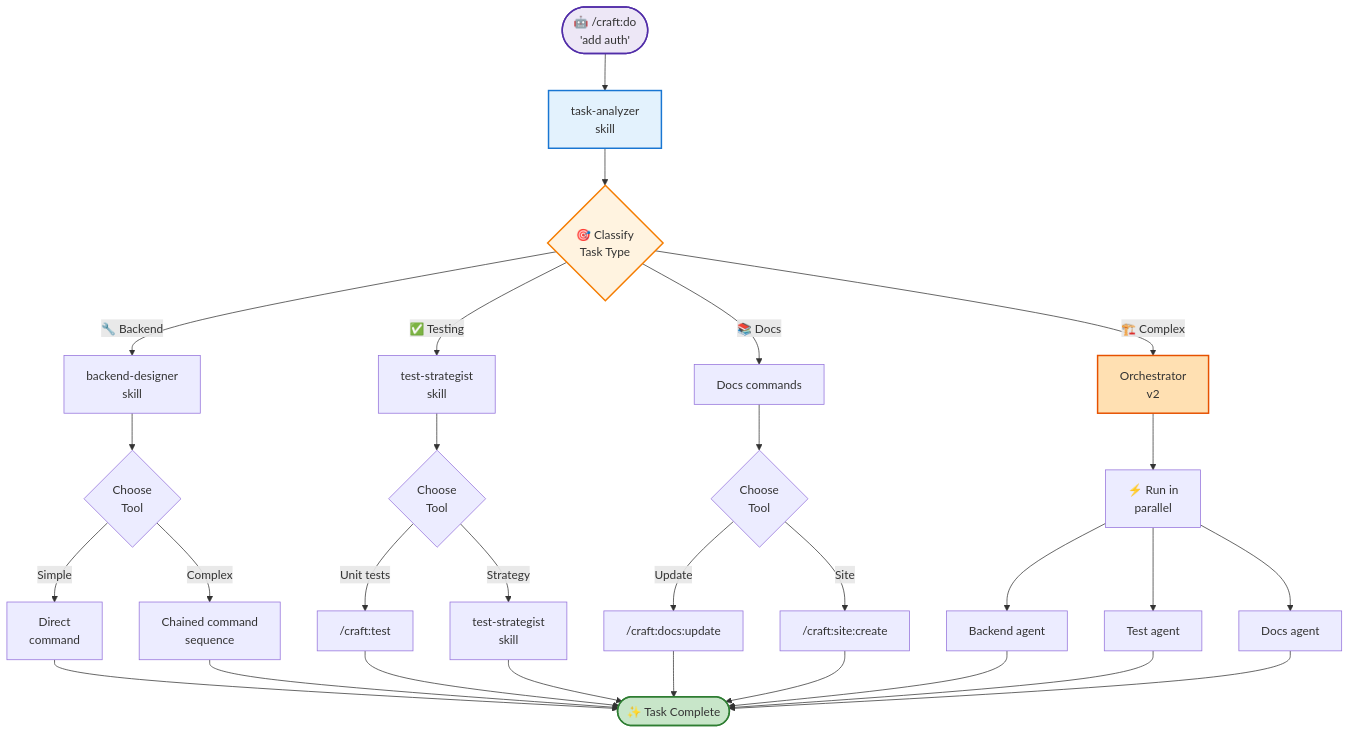
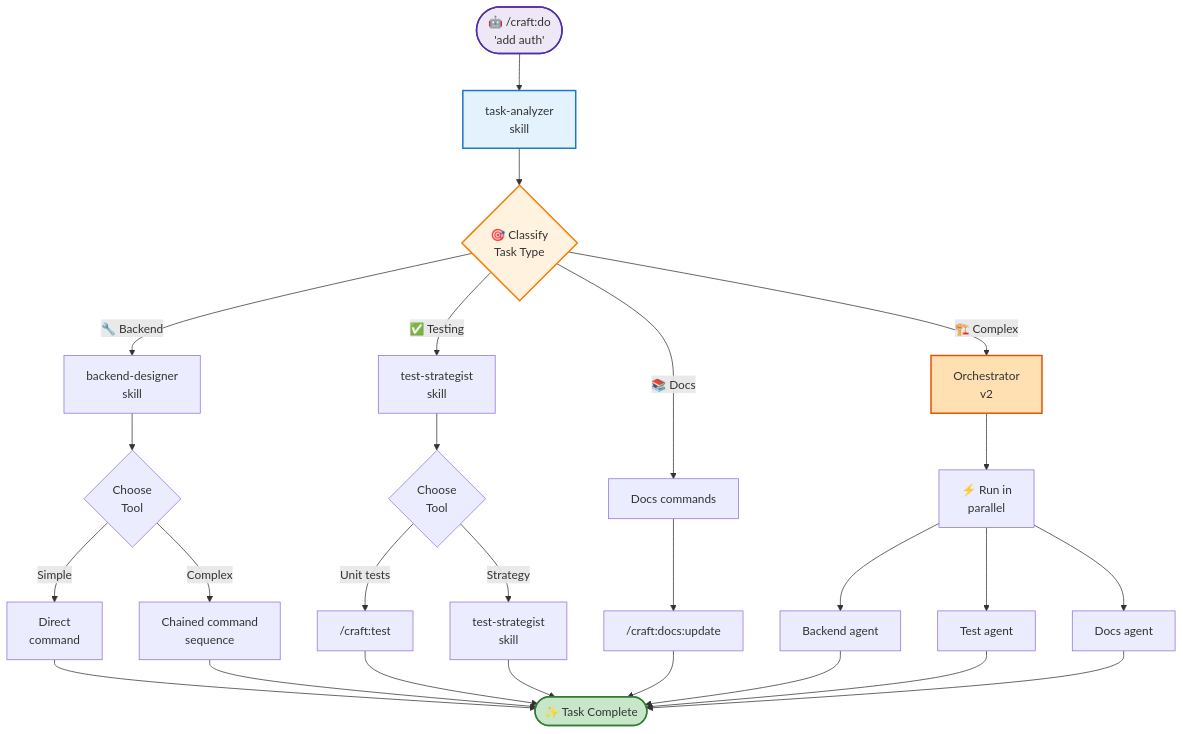
Before and after one commit to Data-Wise/craft: the fifth of 6 diagrams in docs/workflows/index.md, drawn with Mermaid. The commit also changed other lines of this file and 41 other files, not shown here.

````diff
--- a/docs/workflows/index.md
+++ b/docs/workflows/index.md
@@ -294,49 +228,45 @@
 ```mermaid
 flowchart TD
     START(["🤖 /craft:do<br/>'add auth'"]) --> ANALYZE["task-analyzer<br/>skill"]
 
     ANALYZE --> CLASSIFY{🎯 Classify<br/>Task Type}
 
     CLASSIFY -->|🔧 Backend| BACKEND["backend-designer<br/>skill"]
     CLASSIFY -->|✅ Testing| TEST["test-strategist<br/>skill"]
     CLASSIFY -->|📚 Docs| DOCS["Docs commands"]
     CLASSIFY -->|🏗️ Complex| ORCHESTRATE["Orchestrator<br/>v2"]
 
     BACKEND --> ROUTE1{Choose<br/>Tool}
     ROUTE1 -->|Simple| CMD1["Direct<br/>command"]
     ROUTE1 -->|Complex| AGENT1["Chained command<br/>sequence"]
 
     TEST --> ROUTE2{Choose<br/>Tool}
     ROUTE2 -->|Unit tests| CMD2["/craft:test"]
     ROUTE2 -->|Strategy| AGENT2["test-strategist<br/>skill"]
 
-    DOCS --> ROUTE3{Choose<br/>Tool}
-    ROUTE3 -->|Update| CMD3["/craft:docs:update"]
-    ROUTE3 -->|Site| CMD4["/craft:site:create"]
+    DOCS --> CMD3["/craft:docs:update"]
 
     ORCHESTRATE --> PARALLEL["⚡ Run in<br/>parallel"]
     PARALLEL --> SUB1["Backend agent"]
     PARALLEL --> SUB2["Test agent"]
     PARALLEL --> SUB3["Docs agent"]
 
     CMD1 --> DONE(["✨ Task Complete"])
     AGENT1 --> DONE
     CMD2 --> DONE
     AGENT2 --> DONE
     CMD3 --> DONE
-    CMD4 --> DONE
     SUB1 --> DONE
     SUB2 --> DONE
     SUB3 --> DONE
 
     click START "../commands/smart#craftdo" "Click to see universal command docs"
     click ORCHESTRATE "../guide/orchestrator" "Click to learn about orchestrator"
     click CMD3 "../commands/docs#craftdocsupdate" "Click to see docs automation"
-    click CMD4 "../commands/site#craftcreate" "Click to see site creation"
 
     style START fill:#ede7f6,stroke:#512da8,stroke-width:2px
     style ANALYZE fill:#e3f2fd,stroke:#1976d2,stroke-width:2px
     style CLASSIFY fill:#fff3e0,stroke:#f57c00,stroke-width:2px
     style ORCHESTRATE fill:#ffe0b2,stroke:#e65100,stroke-width:2px
     style DONE fill:#c8e6c9,stroke:#2e7d32,stroke-width:2px
 ```
````
